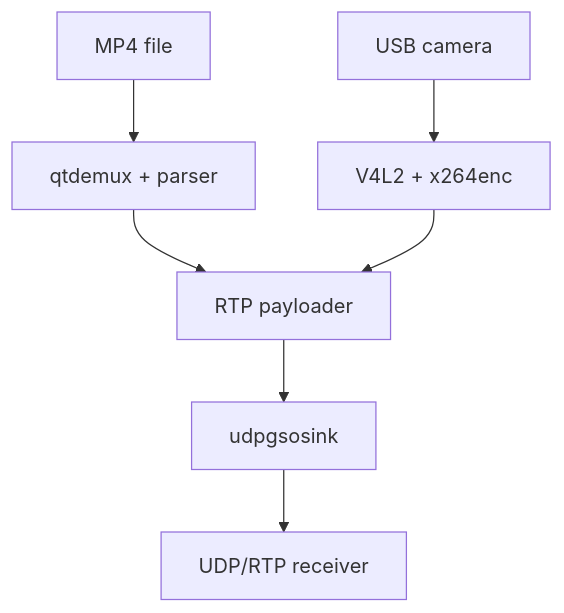
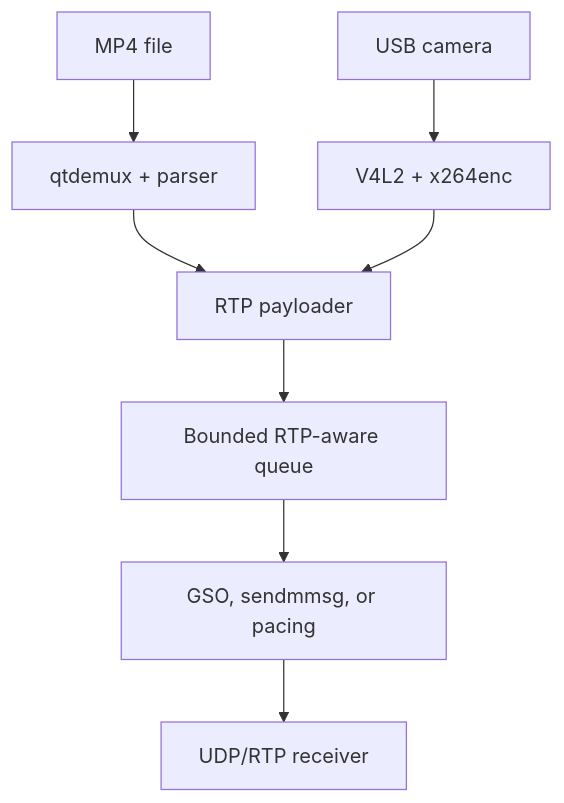
One commit to dev-suzun/gst-plugin-udp-gso changed the diagram in README.md. Above: the diagram before and after it, drawn with Mermaid. The commit also changed other lines of this file and 16 other files, not shown here.

First line of the commit message:
udpgsosink: Add kernel pacing feature

````diff
--- a/README.md
+++ b/README.md
@@ -50,9 +66,10 @@
 ```mermaid
 flowchart TD
   MP4["MP4 file"] --> Demux["qtdemux + parser"]
   Camera["USB camera"] --> Encode["V4L2 + x264enc"]
   Demux --> RTP["RTP payloader"]
   Encode --> RTP
-  RTP --> Sink["udpgsosink"]
-  Sink --> Receiver["UDP/RTP receiver"]
+  RTP --> Queue["Bounded RTP-aware queue"]
+  Queue --> Backend["GSO, sendmmsg, or pacing"]
+  Backend --> Receiver["UDP/RTP receiver"]
 ```
````
